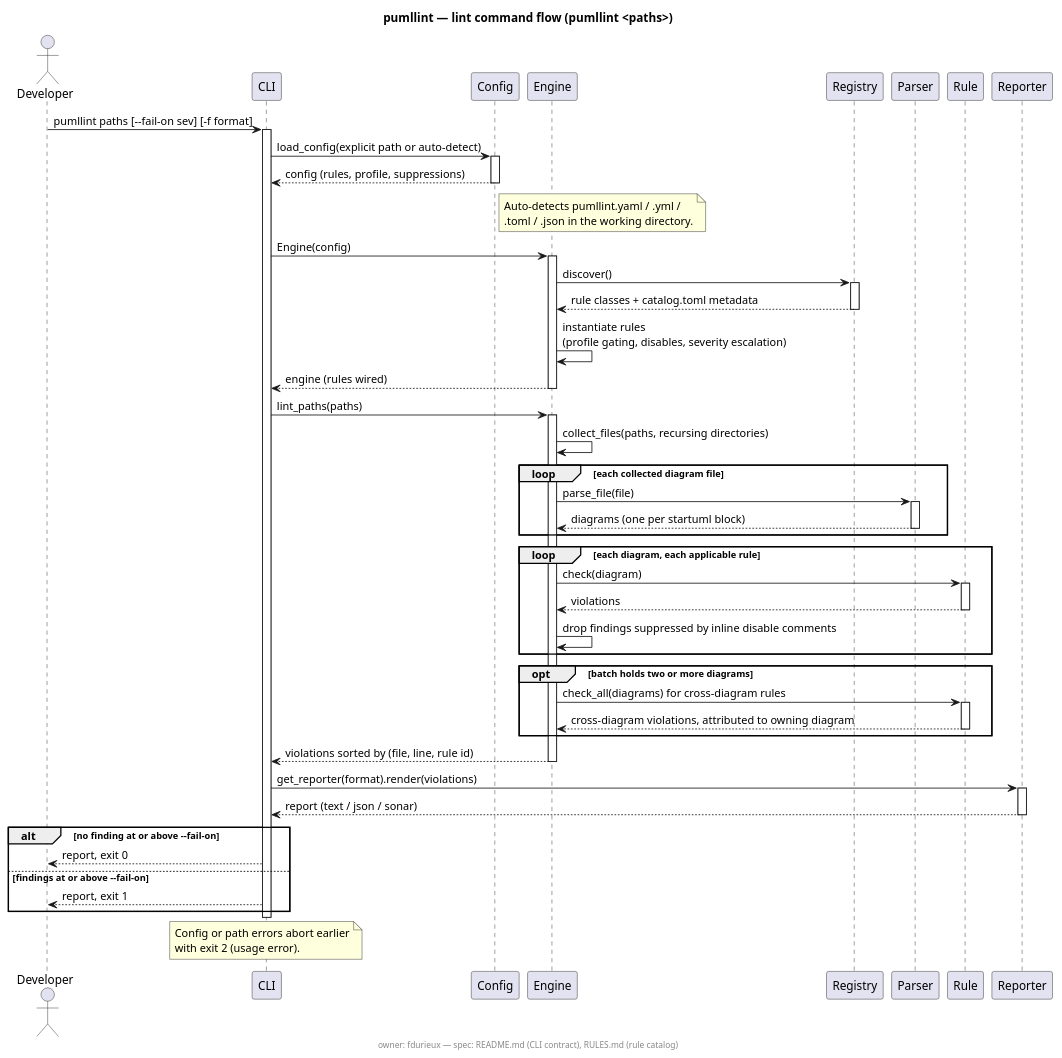
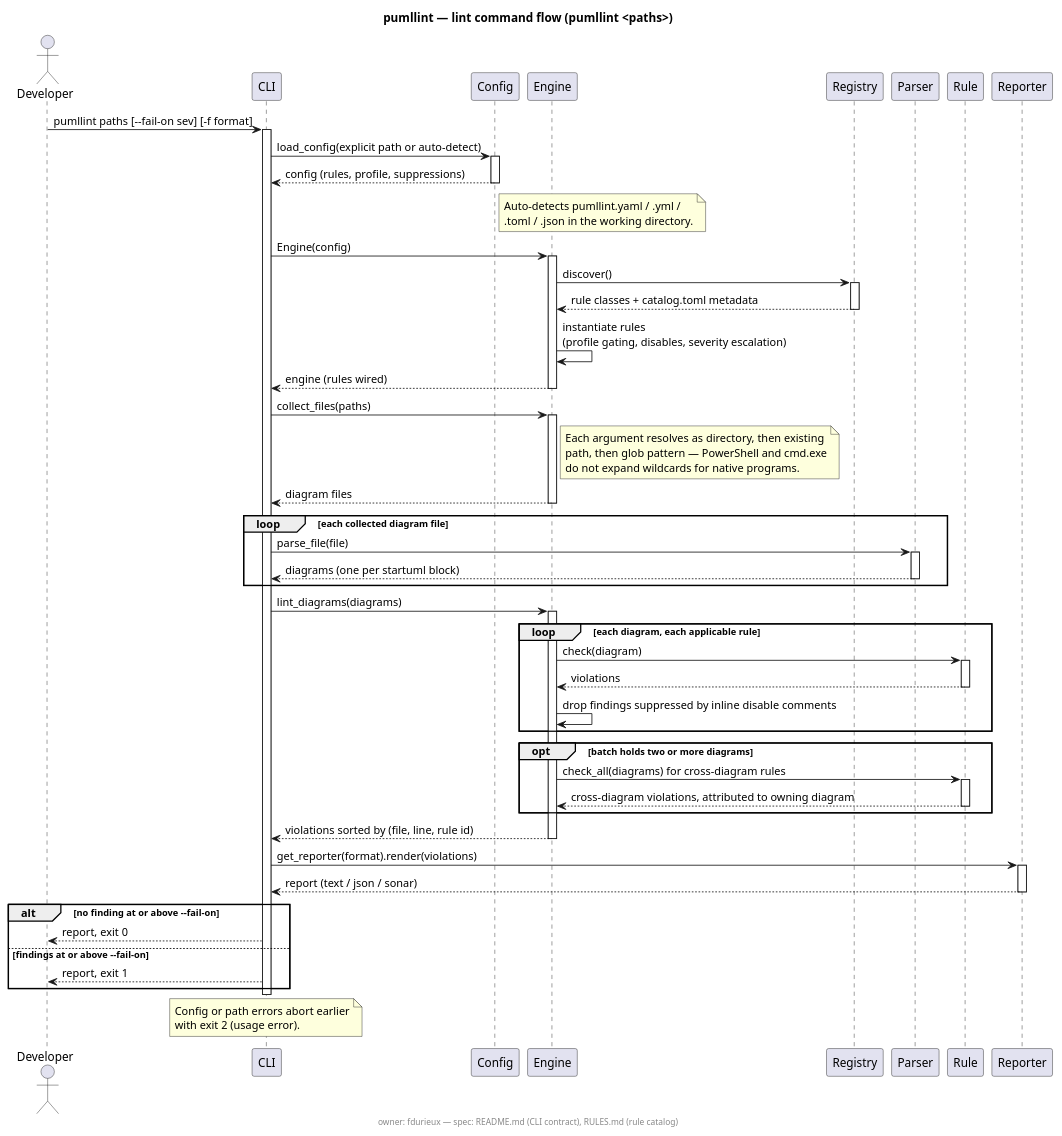
One commit to fdurieux/pumllint changed the diagram in docs/pumllint-lint-flow.puml. Above: the diagram before and after it, drawn with PlantUML. The commit also changed 10 other files, not shown here.

```diff
--- a/docs/pumllint-lint-flow.puml
+++ b/docs/pumllint-lint-flow.puml
@@ -1,85 +1,93 @@
 @startuml pumllint-lint-flow
 title pumllint — lint command flow (pumllint <paths>)
 footer owner: fdurieux — spec: README.md (CLI contract), RULES.md (rule catalog)
 
 actor Developer
 participant CLI
 participant Config
 participant Engine
 participant Registry
 participant Parser
 participant Rule
 participant Reporter
 
 Developer -> CLI : pumllint paths [--fail-on sev] [-f format]
 activate CLI
 
 CLI -> Config : load_config(explicit path or auto-detect)
 activate Config
 Config --> CLI : config (rules, profile, suppressions)
 deactivate Config
 note right of Config
   Auto-detects pumllint.yaml / .yml /
   .toml / .json in the working directory.
 end note
 
 CLI -> Engine : Engine(config)
 activate Engine
 Engine -> Registry : discover()
 activate Registry
 Registry --> Engine : rule classes + catalog.toml metadata
 deactivate Registry
 ' Intended self-call: rule wiring is Engine-internal by design (RULES.md SEQ006).
 ' pumllint: disable=SEQ006
 Engine -> Engine : instantiate rules\n(profile gating, disables, severity escalation)
 Engine --> CLI : engine (rules wired)
 deactivate Engine
 
-CLI -> Engine : lint_paths(paths)
+CLI -> Engine : collect_files(paths)
 activate Engine
-' pumllint: disable=SEQ006
-Engine -> Engine : collect_files(paths, recursing directories)
+note right of Engine
+  Each argument resolves as directory, then existing
+  path, then glob pattern — PowerShell and cmd.exe
+  do not expand wildcards for native programs.
+end note
+Engine --> CLI : diagram files
+deactivate Engine
 
 loop each collected diagram file
-    Engine -> Parser : parse_file(file)
+    CLI -> Parser : parse_file(file)
     activate Parser
-    Parser --> Engine : diagrams (one per startuml block)
+    Parser --> CLI : diagrams (one per startuml block)
     deactivate Parser
 end
+
+CLI -> Engine : lint_diagrams(diagrams)
+activate Engine
 
 loop each diagram, each applicable rule
     Engine -> Rule : check(diagram)
     activate Rule
     Rule --> Engine : violations
     deactivate Rule
     ' pumllint: disable=SEQ006
     Engine -> Engine : drop findings suppressed by inline disable comments
 end
 
 opt batch holds two or more diagrams
     Engine -> Rule : check_all(diagrams) for cross-diagram rules
     activate Rule
     Rule --> Engine : cross-diagram violations, attributed to owning diagram
     deactivate Rule
 end
 
 Engine --> CLI : violations sorted by (file, line, rule id)
 deactivate Engine
 
 CLI -> Reporter : get_reporter(format).render(violations)
 activate Reporter
 Reporter --> CLI : report (text / json / sonar)
 deactivate Reporter
 
 alt no finding at or above --fail-on
     CLI --> Developer : report, exit 0
 else findings at or above --fail-on
     CLI --> Developer : report, exit 1
 end
 deactivate CLI
 
 note over CLI
   Config or path errors abort earlier
   with exit 2 (usage error).
 end note
 @enduml
```
